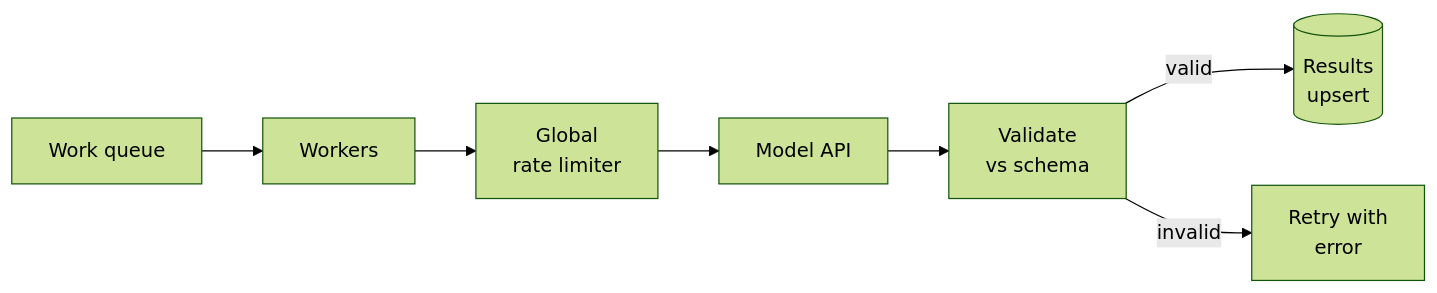
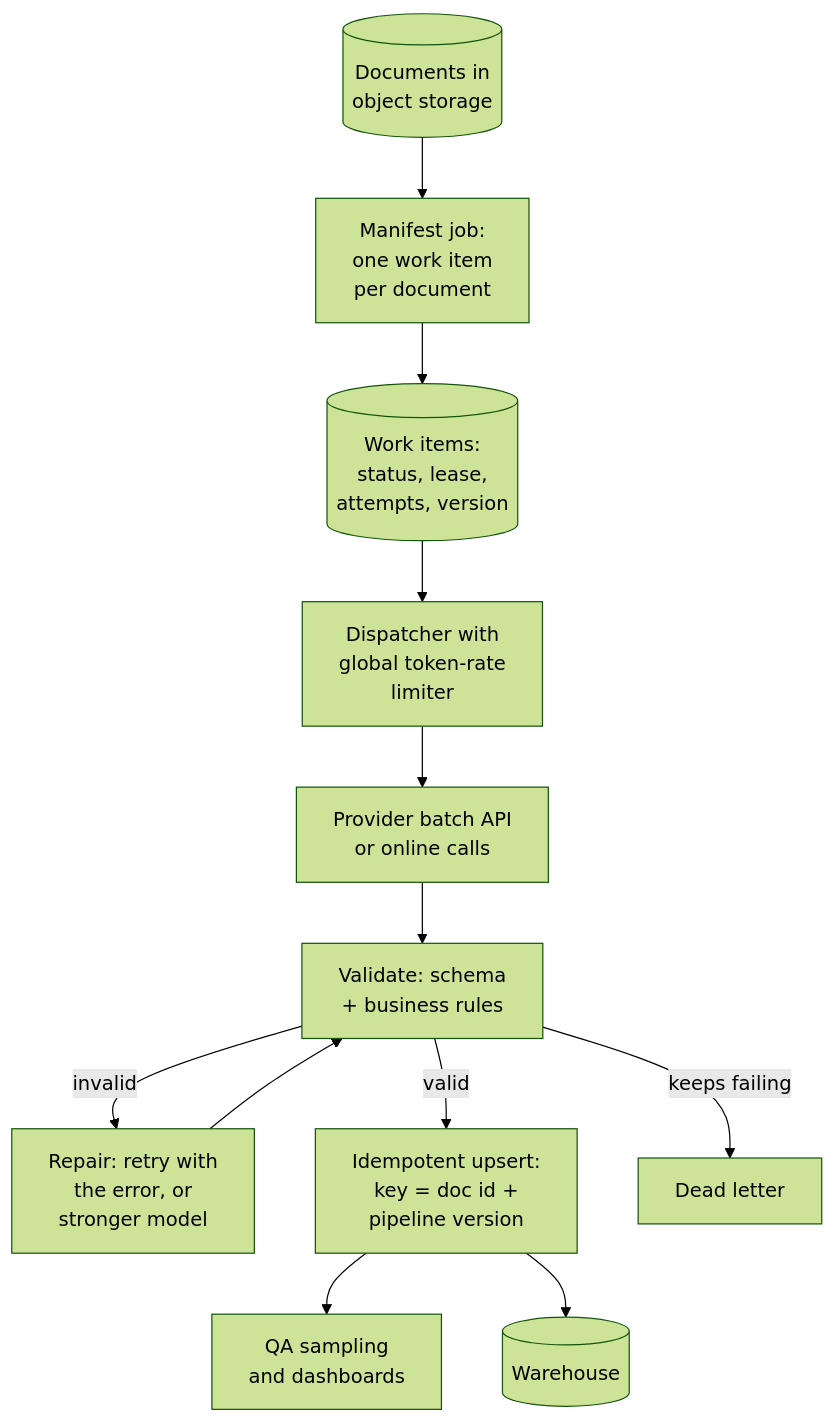
One commit to shubamchaudhary/CodeNITW changed the first of 2 diagrams in src/Data/aiStackDocs/DP-06.md. Above: the diagram before and after it, drawn with Mermaid (forest theme). The commit also changed other lines of this file and 52 other files, not shown here.

````diff
--- a/src/Data/aiStackDocs/DP-06.md
+++ b/src/Data/aiStackDocs/DP-06.md
@@ -76,9 +35,14 @@
 ```mermaid
-flowchart LR
-    Q["Work queue"] --> W["Workers"]
-    W --> RL["Global<br/>rate limiter"]
-    RL --> M["Model API"]
-    M --> V["Validate<br/>vs schema"]
-    V -->|"valid"| R[("Results<br/>upsert")]
-    V -->|"invalid"| RT["Retry with<br/>error"]
+flowchart TD
+    S3[("Documents in<br/>object storage")] --> MF["Manifest job:<br/>one work item<br/>per document"]
+    MF --> WI[("Work items:<br/>status, lease,<br/>attempts, version")]
+    WI --> DQ["Dispatcher with<br/>global token-rate<br/>limiter"]
+    DQ --> BA["Provider batch API<br/>or online calls"]
+    BA --> VA["Validate: schema<br/>+ business rules"]
+    VA -->|"invalid"| RP["Repair: retry with<br/>the error, or<br/>stronger model"]
+    RP --> VA
+    VA -->|"valid"| UP["Idempotent upsert:<br/>key = doc id +<br/>pipeline version"]
+    UP --> QA["QA sampling<br/>and dashboards"]
+    UP --> WH[("Warehouse")]
+    VA -->|"keeps failing"| DL["Dead letter"]
 ```
````
